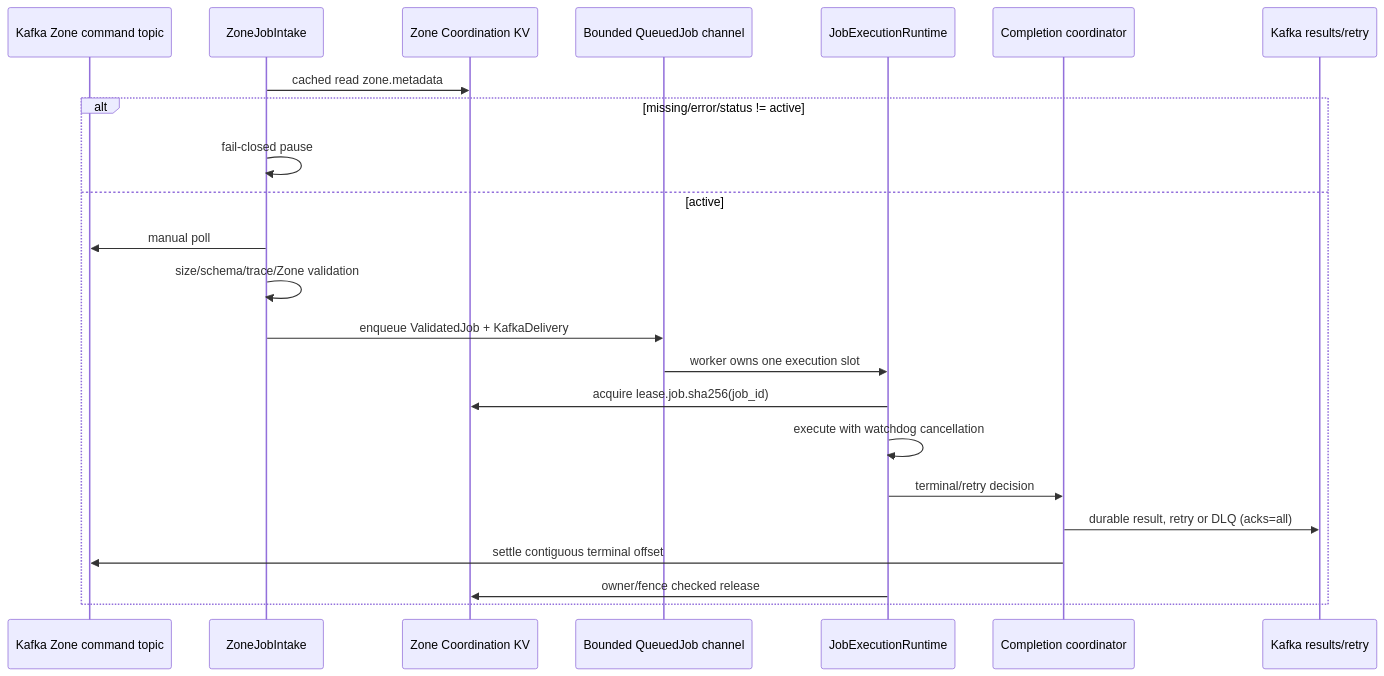
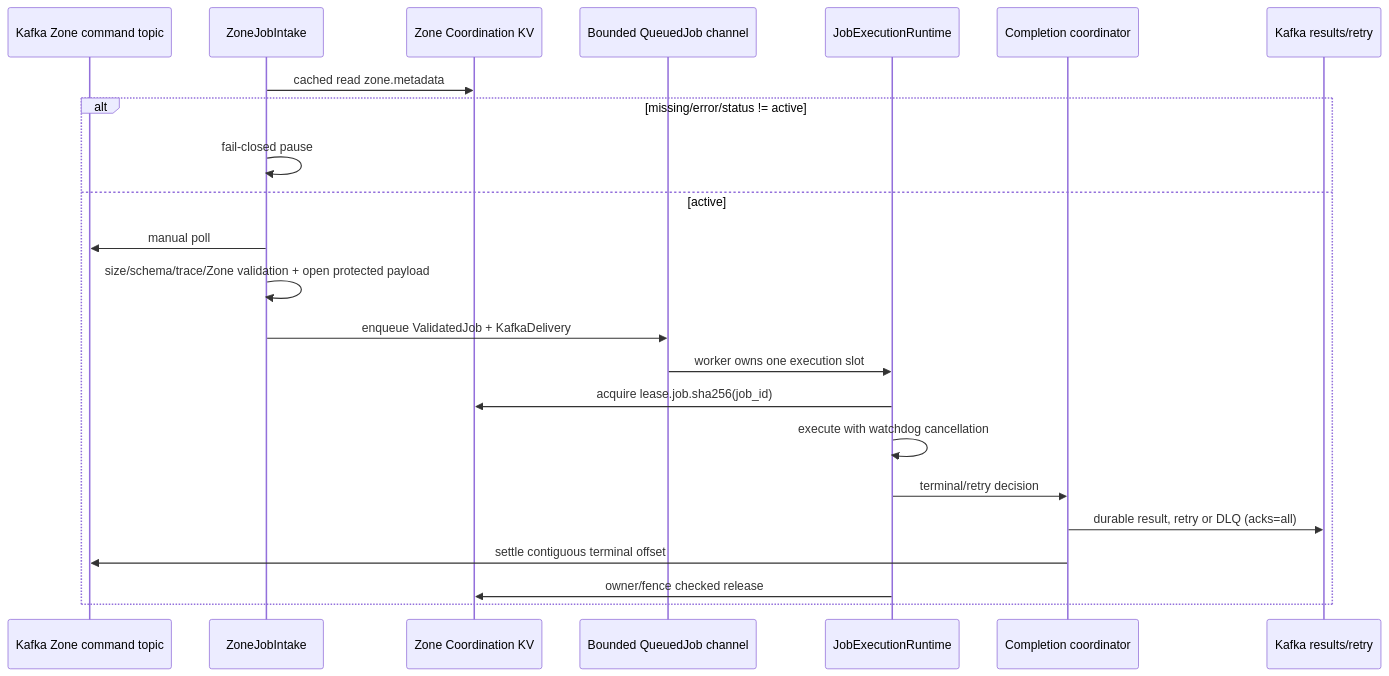
The diagram in dataplane/README.md (phucle996/aurora), drawn with Mermaid before and after one commit. The commit also changed other lines of this file and 156 other files, not shown here.

````diff
--- a/dataplane/README.md
+++ b/dataplane/README.md
@@ -37,26 +58,26 @@
 ```mermaid
 sequenceDiagram
     participant K as Kafka Zone command topic
     participant I as ZoneJobIntake
     participant KV as Zone Coordination KV
     participant Q as Bounded QueuedJob channel
     participant E as JobExecutionRuntime
     participant C as Completion coordinator
     participant RK as Kafka results/retry
 
     I->>KV: cached read zone.metadata
     alt missing/error/status != active
         I->>I: fail-closed pause
     else active
         I->>K: manual poll
-        I->>I: size/schema/trace/Zone validation
+        I->>I: size/schema/trace/Zone validation + open protected payload
         I->>Q: enqueue ValidatedJob + KafkaDelivery
         Q->>E: worker owns one execution slot
         E->>KV: acquire lease.job.sha256(job_id)
         E->>E: execute with watchdog cancellation
         E->>C: terminal/retry decision
         C->>RK: durable result, retry or DLQ (acks=all)
         C->>K: settle contiguous terminal offset
         E->>KV: owner/fence checked release
     end
 ```
````
